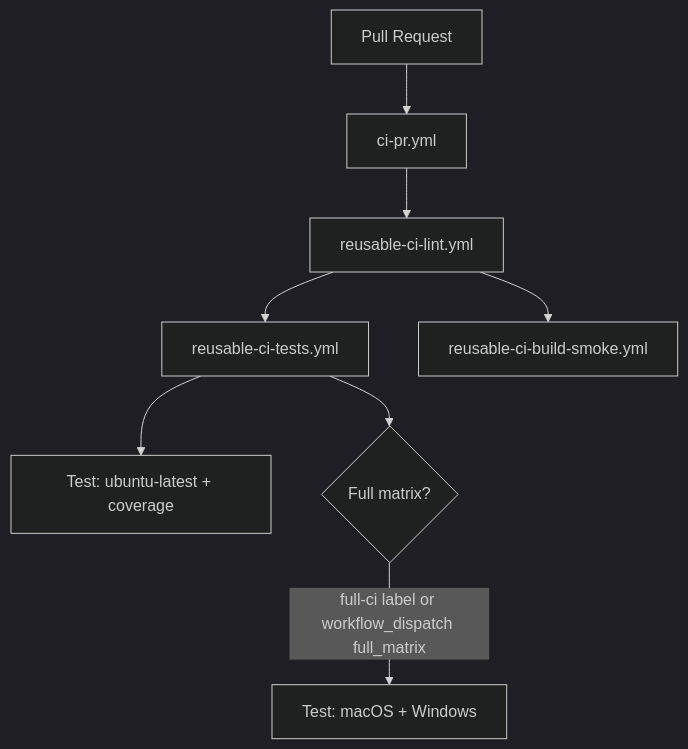
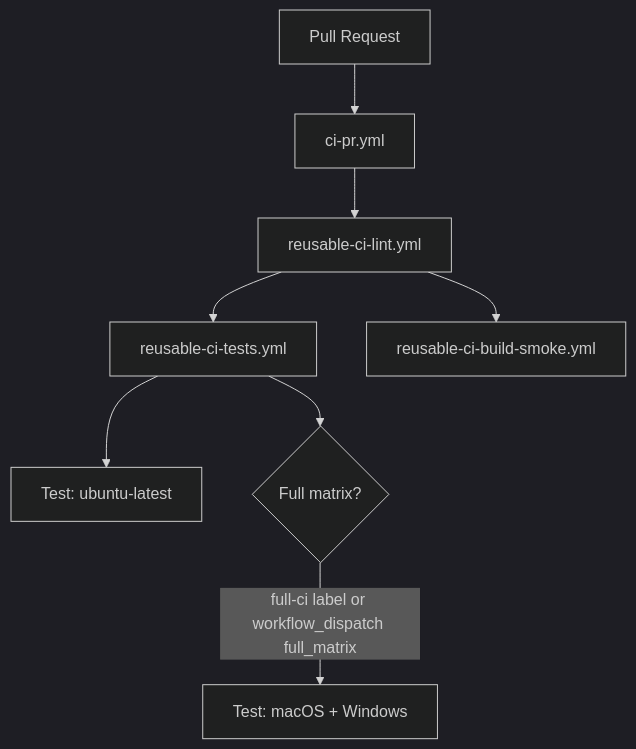
Before and after one commit to josstei/prismgb-app: the first of 6 diagrams in docs/ci-cd-workflows.md, drawn with Mermaid (dark theme). The commit also changed other lines of this file and 995 other files, not shown here.

````diff
--- a/docs/ci-cd-workflows.md
+++ b/docs/ci-cd-workflows.md
@@ -53,11 +53,11 @@
 ```mermaid
 flowchart TD
   PR[Pull Request] --> CI[ci-pr.yml]
   CI --> LINT[reusable-ci-lint.yml]
   LINT --> TESTS[reusable-ci-tests.yml]
   LINT --> SMOKE[reusable-ci-build-smoke.yml]
 
-  TESTS --> LINUX[Test: ubuntu-latest + coverage]
+  TESTS --> LINUX[Test: ubuntu-latest]
   TESTS --> MATRIX{Full matrix?}
   MATRIX -->|full-ci label or workflow_dispatch full_matrix| OS[Test: macOS + Windows]
 ```
````
